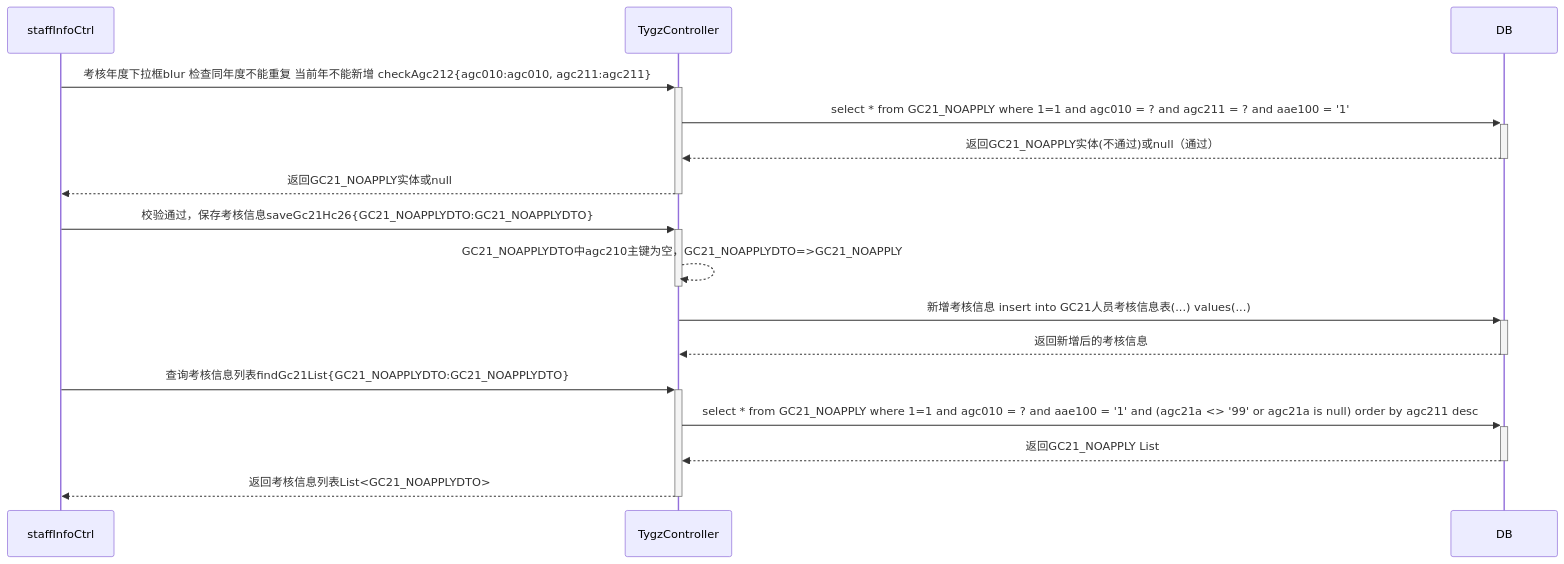
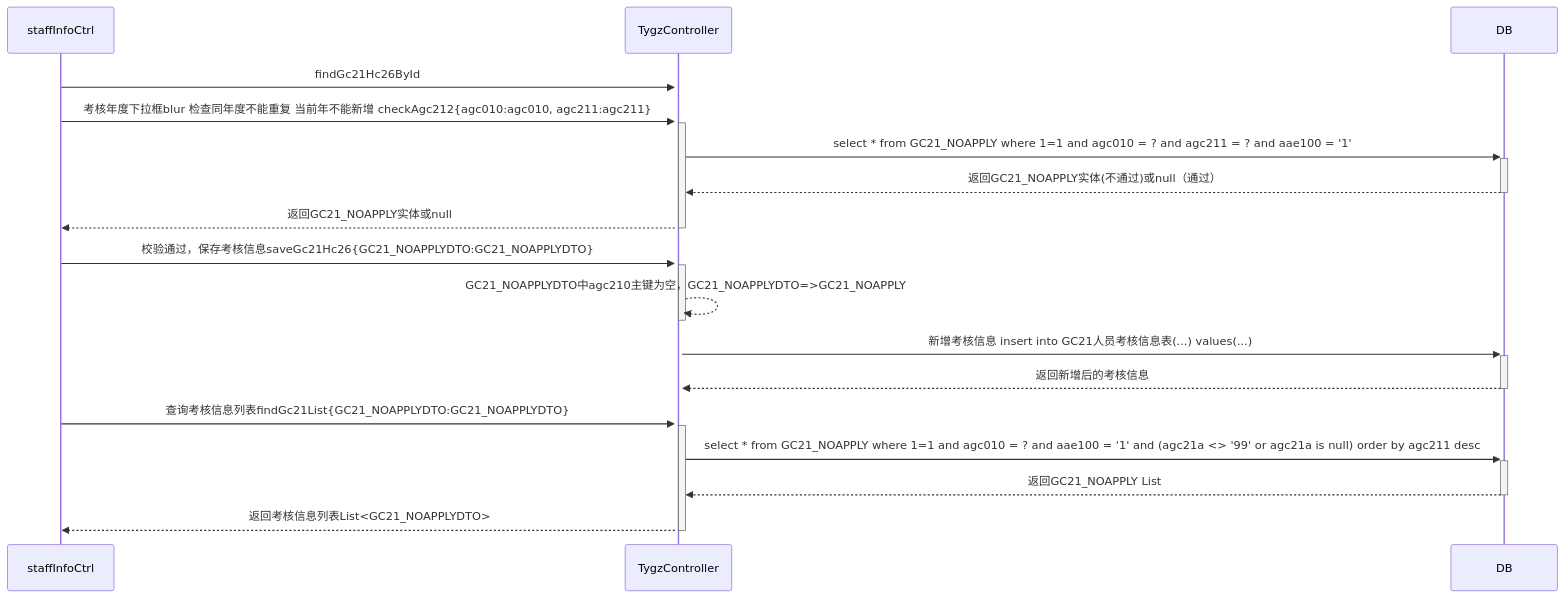
Before and after one commit to ZhangJianBeiJing/iodraw-files: the diagram in all/人员考核信息修改按钮的调用业务流程.md, drawn with Mermaid.

Commit message:
2025-03-26 09:56:52 update

````diff
--- a/all/人员考核信息修改按钮的调用业务流程.md
+++ b/all/人员考核信息修改按钮的调用业务流程.md
@@ -1,18 +1,18 @@
 ```mermaid
 sequenceDiagram
 
-
+    staffInfoCtrl->>+TygzController:findGc21Hc26ById
     staffInfoCtrl->>+TygzController:考核年度下拉框blur 检查同年度不能重复 当前年不能新增 checkAgc212{agc010:agc010, agc211:agc211}
     TygzController->>+DB:select * from GC21_NOAPPLY where 1=1 and agc010 = ? and agc211 = ? and aae100 = '1'
     DB-->>-TygzController:返回GC21_NOAPPLY实体(不通过)或null（通过）
     TygzController-->>-staffInfoCtrl:返回GC21_NOAPPLY实体或null
 
     staffInfoCtrl->>+TygzController:校验通过，保存考核信息saveGc21Hc26{GC21_NOAPPLYDTO:GC21_NOAPPLYDTO}
     TygzController-->>-TygzController:GC21_NOAPPLYDTO中agc210主键为空，GC21_NOAPPLYDTO=>GC21_NOAPPLY
     TygzController->>+DB:新增考核信息 insert into GC21人员考核信息表(...) values(...)
     DB-->>-TygzController:返回新增后的考核信息
     staffInfoCtrl->>+TygzController:查询考核信息列表findGc21List{GC21_NOAPPLYDTO:GC21_NOAPPLYDTO}
     TygzController->>+DB:select * from GC21_NOAPPLY where 1=1 and agc010 = ? and aae100 = '1' and (agc21a <> '99' or agc21a is null) order by agc211 desc
     DB-->>-TygzController:返回GC21_NOAPPLY List
     TygzController-->>-staffInfoCtrl:返回考核信息列表List<GC21_NOAPPLYDTO>
 ```
````
